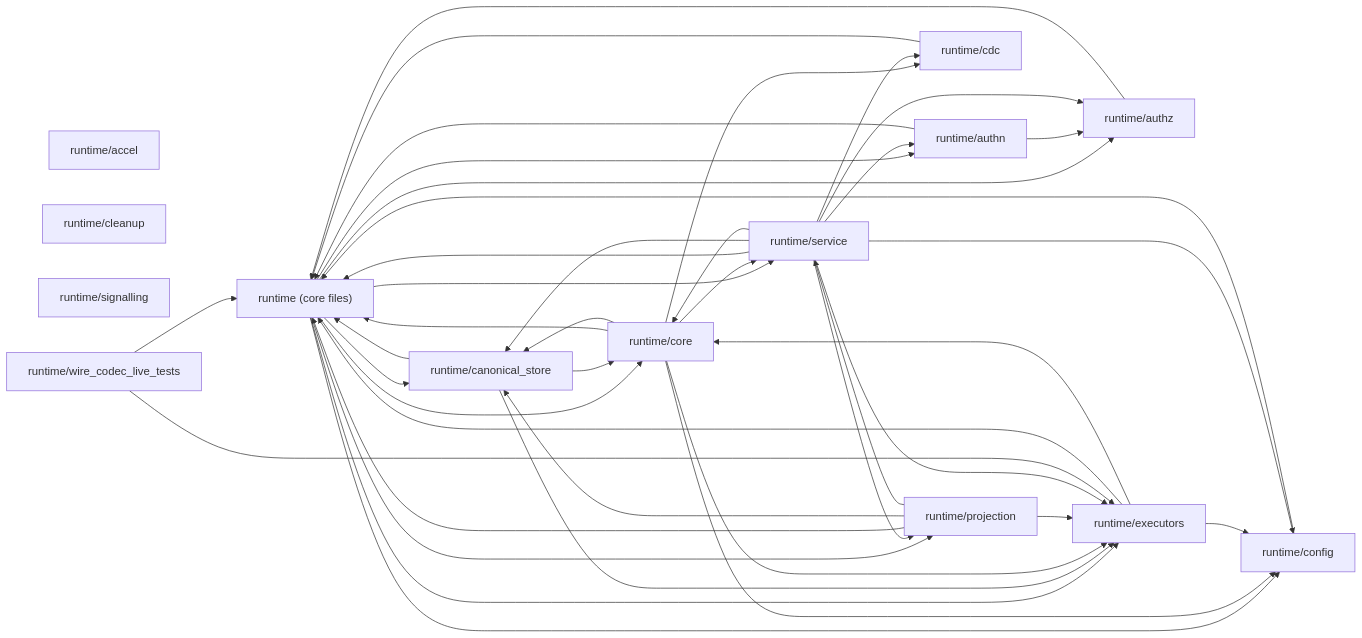
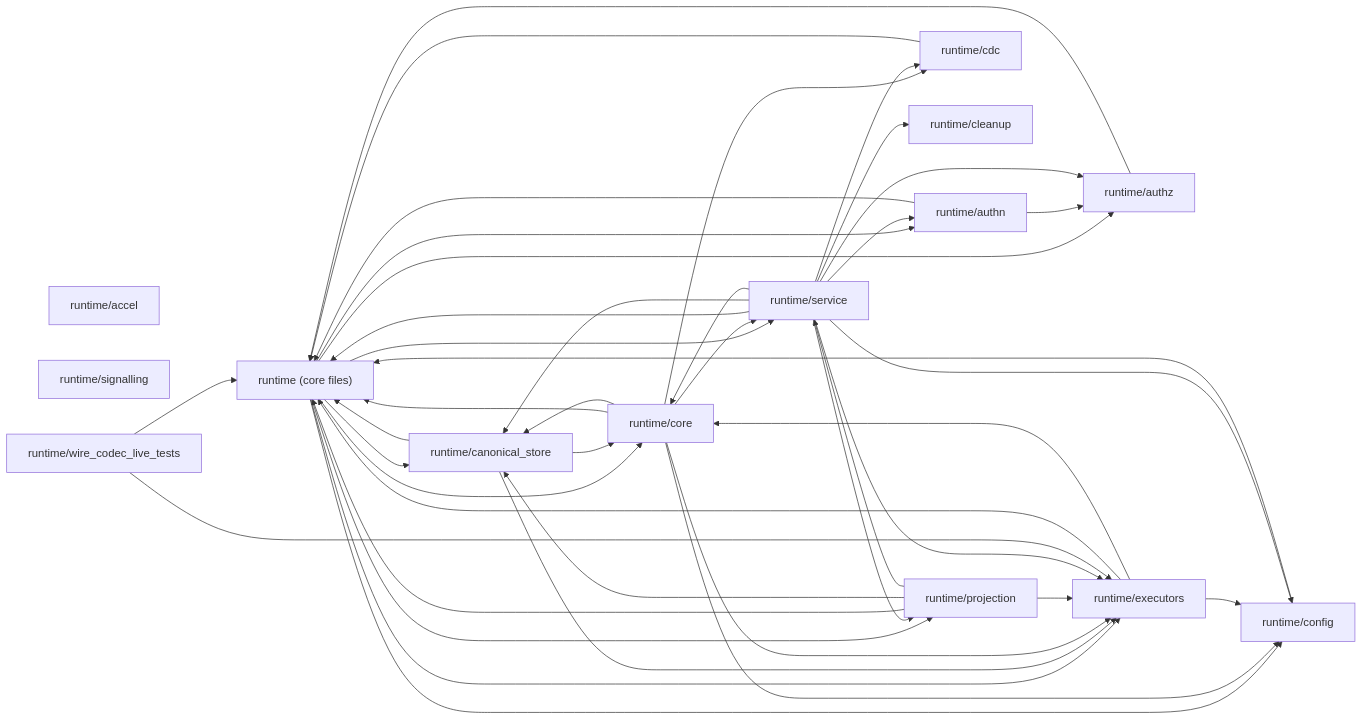
One commit to fahara02/udb changed the second of 2 diagrams in docs/generated/codebase-map.md. Above: the diagram before and after it, drawn with Mermaid. The commit also changed other lines of this file and 30 other files, not shown here.

````diff
--- a/docs/generated/codebase-map.md
+++ b/docs/generated/codebase-map.md
@@ -57,57 +57,58 @@
 ```mermaid
 graph LR
   runtime__core_files_["runtime (core files)"]
   runtime_accel["runtime/accel"]
   runtime_authn["runtime/authn"]
   runtime_authz["runtime/authz"]
   runtime_canonical_store["runtime/canonical_store"]
   runtime_cdc["runtime/cdc"]
   runtime_cleanup["runtime/cleanup"]
   runtime_config["runtime/config"]
   runtime_core["runtime/core"]
   runtime_executors["runtime/executors"]
   runtime_projection["runtime/projection"]
   runtime_service["runtime/service"]
   runtime_signalling["runtime/signalling"]
   runtime_wire_codec_live_tests["runtime/wire_codec_live_tests"]
   runtime__core_files_ --> runtime_authn
   runtime__core_files_ --> runtime_authz
   runtime__core_files_ --> runtime_canonical_store
   runtime__core_files_ --> runtime_config
   runtime__core_files_ --> runtime_core
   runtime__core_files_ --> runtime_executors
   runtime__core_files_ --> runtime_projection
   runtime__core_files_ --> runtime_service
   runtime_authn --> runtime__core_files_
   runtime_authn --> runtime_authz
   runtime_authz --> runtime__core_files_
   runtime_canonical_store --> runtime__core_files_
   runtime_canonical_store --> runtime_core
   runtime_canonical_store --> runtime_executors
   runtime_cdc --> runtime__core_files_
   runtime_config --> runtime__core_files_
   runtime_core --> runtime__core_files_
   runtime_core --> runtime_canonical_store
   runtime_core --> runtime_cdc
   runtime_core --> runtime_config
   runtime_core --> runtime_executors
   runtime_core --> runtime_service
   runtime_executors --> runtime__core_files_
   runtime_executors --> runtime_config
   runtime_executors --> runtime_core
   runtime_projection --> runtime__core_files_
   runtime_projection --> runtime_canonical_store
   runtime_projection --> runtime_executors
   runtime_projection --> runtime_service
   runtime_service --> runtime__core_files_
   runtime_service --> runtime_authn
   runtime_service --> runtime_authz
   runtime_service --> runtime_canonical_store
   runtime_service --> runtime_cdc
+  runtime_service --> runtime_cleanup
   runtime_service --> runtime_config
   runtime_service --> runtime_core
   runtime_service --> runtime_executors
   runtime_service --> runtime_projection
   runtime_wire_codec_live_tests --> runtime__core_files_
   runtime_wire_codec_live_tests --> runtime_executors
 ```
````
